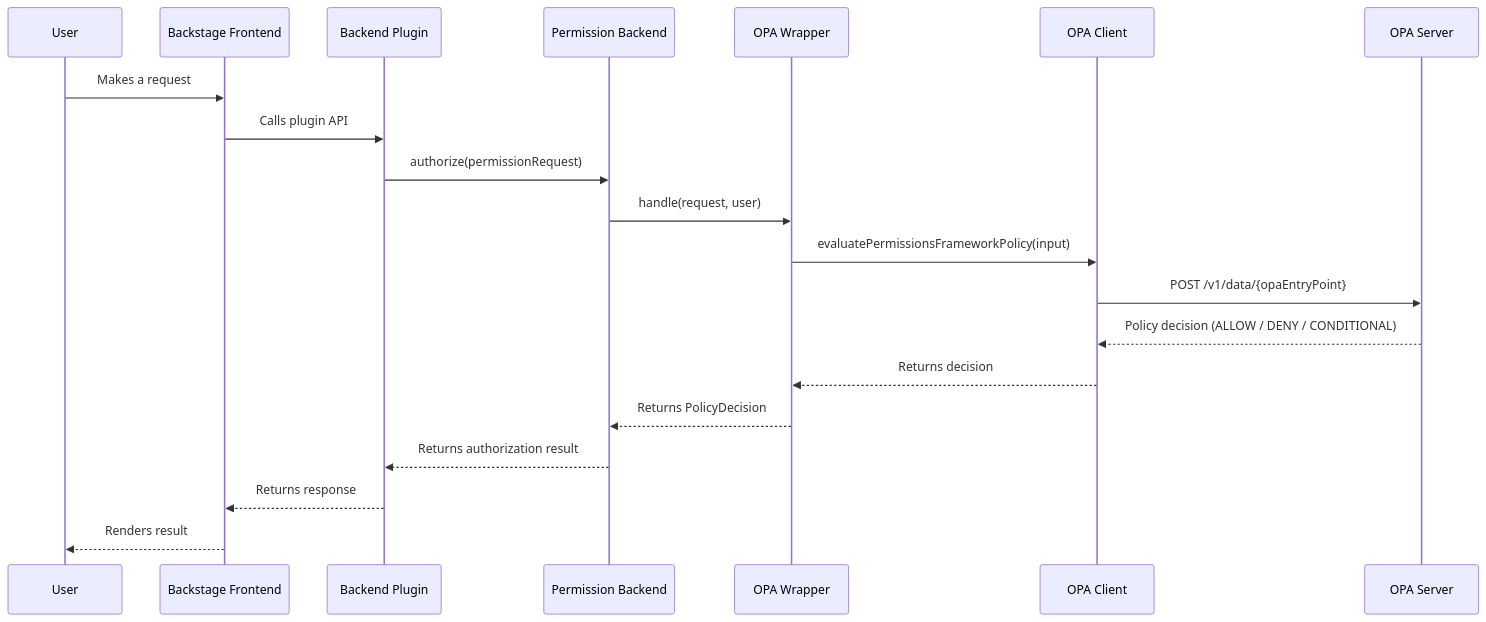
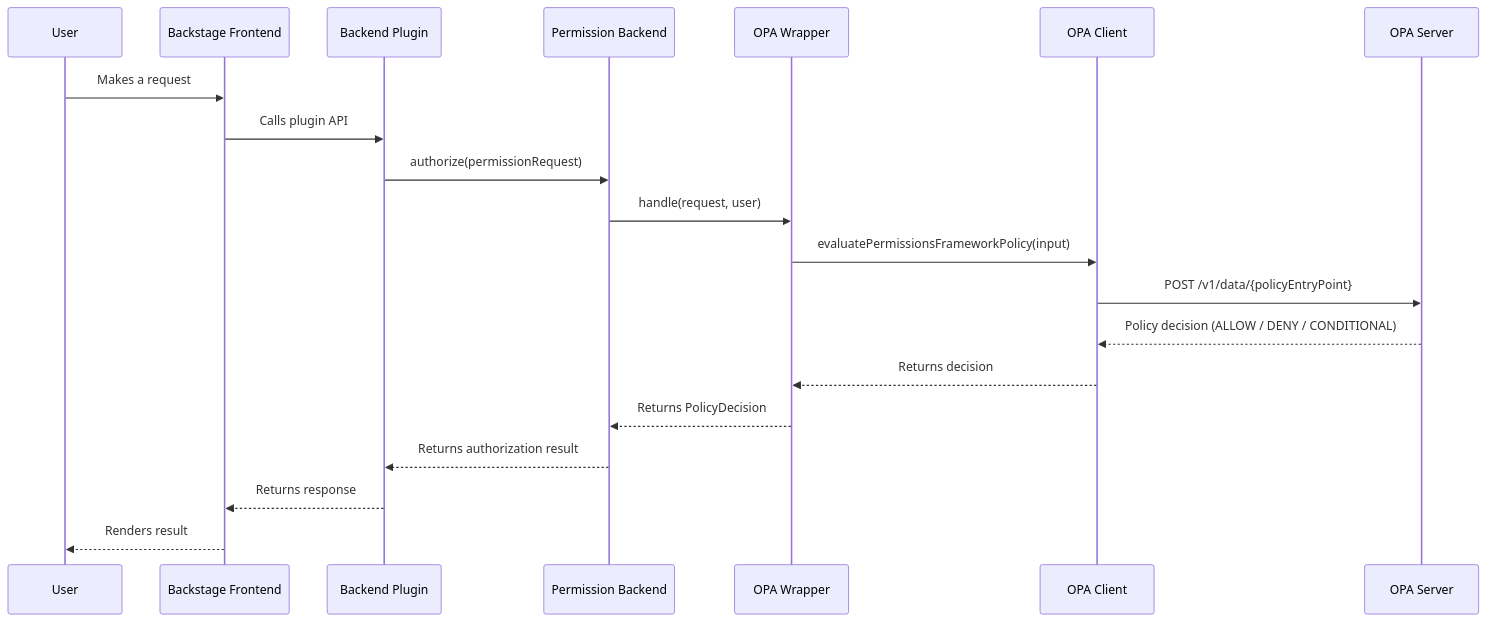
Before and after one commit to Parsifal-M/backstage-opa-plugins: the second of 2 diagrams in opa-docs/docs/opa-permissions-wrapper-module/architecture.md, drawn with Mermaid.

````diff
--- a/opa-docs/docs/opa-permissions-wrapper-module/architecture.md
+++ b/opa-docs/docs/opa-permissions-wrapper-module/architecture.md
@@ -22,23 +22,23 @@
 ```mermaid
 sequenceDiagram
     participant User
     participant Frontend as Backstage Frontend
     participant BackendPlugin as Backend Plugin
     participant PermBackend as Permission Backend
     participant OPAWrapper as OPA Wrapper
     participant OPAClient as OPA Client
     participant OPA as OPA Server
 
     User->>Frontend: Makes a request
     Frontend->>BackendPlugin: Calls plugin API
     BackendPlugin->>PermBackend: authorize(permissionRequest)
     PermBackend->>OPAWrapper: handle(request, user)
     OPAWrapper->>OPAClient: evaluatePermissionsFrameworkPolicy(input)
-    OPAClient->>OPA: POST /v1/data/{opaEntryPoint}
+    OPAClient->>OPA: POST /v1/data/{policyEntryPoint}
     OPA-->>OPAClient: Policy decision (ALLOW / DENY / CONDITIONAL)
     OPAClient-->>OPAWrapper: Returns decision
     OPAWrapper-->>PermBackend: Returns PolicyDecision
     PermBackend-->>BackendPlugin: Returns authorization result
     BackendPlugin-->>Frontend: Returns response
     Frontend-->>User: Renders result
 ```
````
